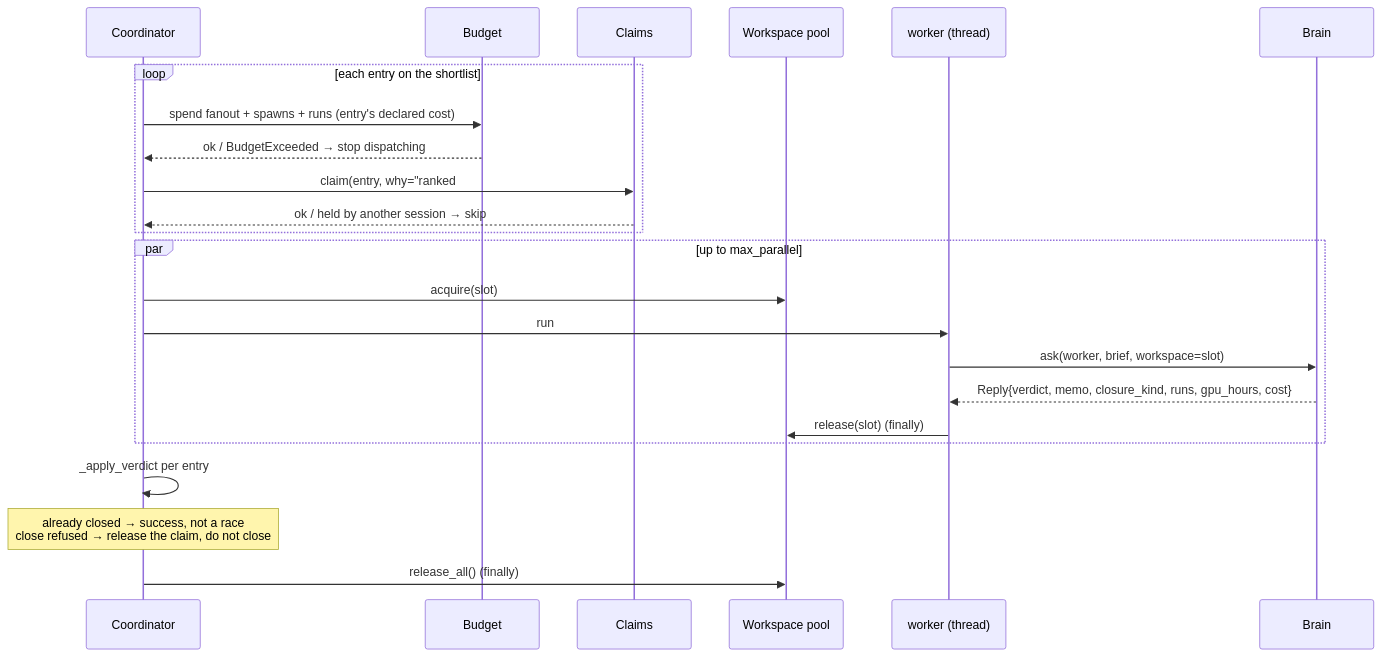
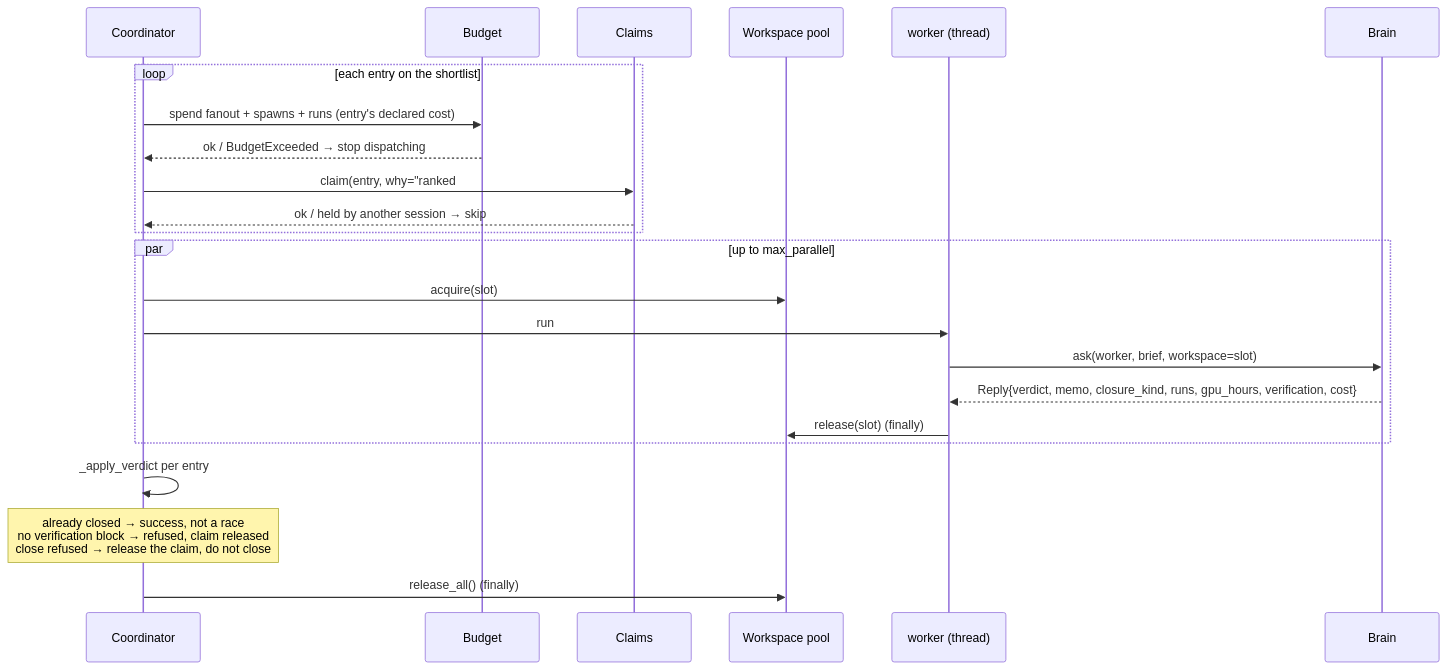
Before and after one commit to Ryun1/auto-research-toolkit: the fifth of 6 diagrams in docs/ARCHITECTURE.md, drawn with Mermaid. The commit also changed other lines of this file and 27 other files, not shown here.

````diff
--- a/docs/ARCHITECTURE.md
+++ b/docs/ARCHITECTURE.md
@@ -213,28 +213,28 @@
 ```mermaid
 sequenceDiagram
     participant C as Coordinator
     participant B as Budget
     participant Cl as Claims
     participant P as Workspace pool
     participant W as worker (thread)
     participant Br as Brain
 
     loop each entry on the shortlist
         C->>B: spend fanout + spawns + runs (entry's declared cost)
         B-->>C: ok / BudgetExceeded → stop dispatching
         C->>Cl: claim(entry, why="ranked #k")
         Cl-->>C: ok / held by another session → skip
     end
 
     par up to max_parallel
         C->>P: acquire(slot)
         C->>W: run
         W->>Br: ask(worker, brief, workspace=slot)
-        Br-->>W: Reply{verdict, memo, closure_kind, runs, gpu_hours, cost}
+        Br-->>W: Reply{verdict, memo, closure_kind, runs, gpu_hours, verification, cost}
         W->>P: release(slot) (finally)
     end
 
     C->>C: _apply_verdict per entry
-    Note over C: already closed → success, not a race<br/>close refused → release the claim, do not close
+    Note over C: already closed → success, not a race<br/>no verification block → refused, claim released<br/>close refused → release the claim, do not close
     C->>P: release_all() (finally)
 ```
````
